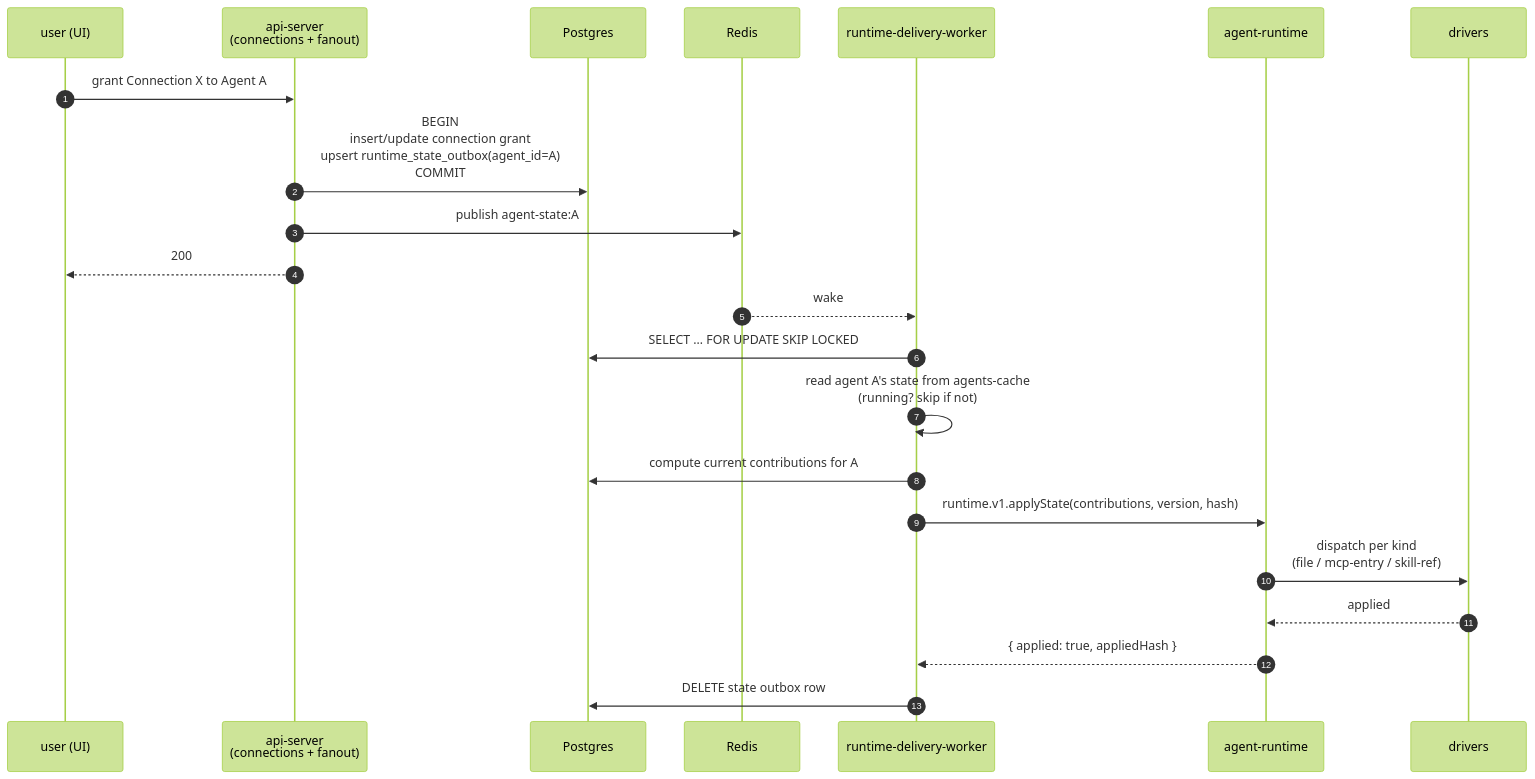
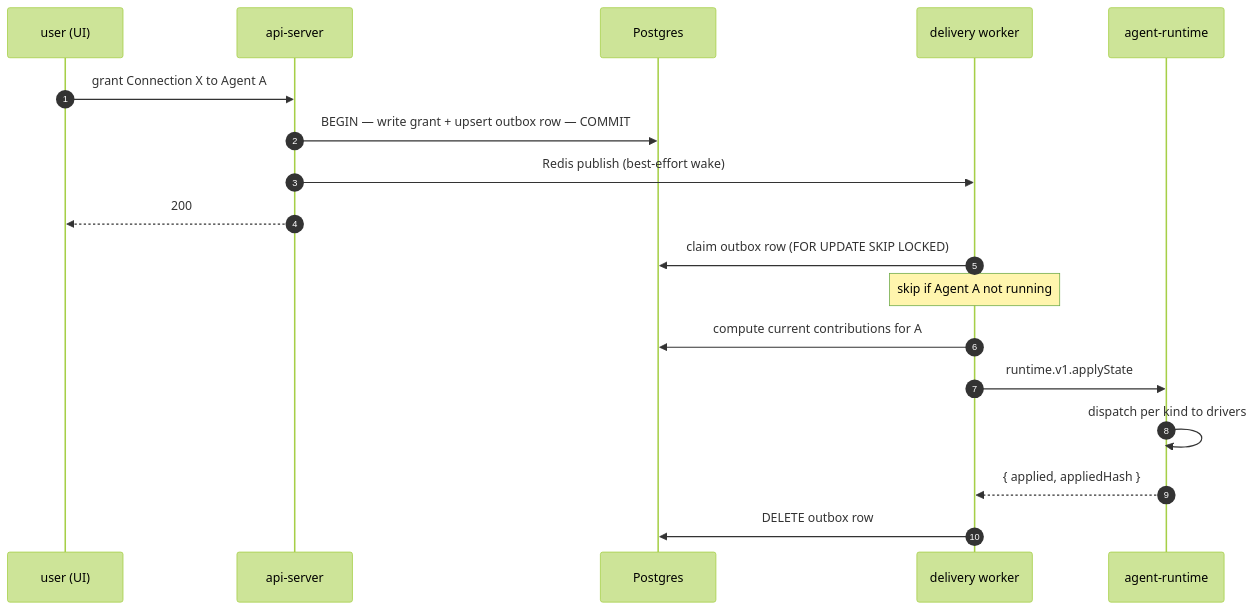
One commit to dam-agents/dam changed the third of 5 diagrams in docs/architecture/connections.md. Above: the diagram before and after it, drawn with Mermaid (forest theme). The commit also changed other lines of this file, not shown here.

First line of the commit message:
docs(architecture): simplify connections-page topology diagrams

````diff
--- a/docs/architecture/connections.md
+++ b/docs/architecture/connections.md
@@ -222,26 +200,22 @@
 ```mermaid
 sequenceDiagram
   autonumber
   participant USER as user (UI)
-  participant AS as api-server<br/>(connections + fanout)
+  participant AS as api-server
   participant PG as Postgres
-  participant RED as Redis
-  participant WK as runtime-delivery-worker
+  participant WK as delivery worker
   participant RT as agent-runtime
-  participant DRV as drivers
 
   USER->>AS: grant Connection X to Agent A
-  AS->>PG: BEGIN<br/>insert/update connection grant<br/>upsert runtime_state_outbox(agent_id=A)<br/>COMMIT
-  AS->>RED: publish agent-state:A
+  AS->>PG: BEGIN — write grant + upsert outbox row — COMMIT
+  AS->>WK: Redis publish (best-effort wake)
   AS-->>USER: 200
 
-  RED-->>WK: wake
-  WK->>PG: SELECT … FOR UPDATE SKIP LOCKED
-  WK->>WK: read agent A's state from agents-cache<br/>(running? skip if not)
+  WK->>PG: claim outbox row (FOR UPDATE SKIP LOCKED)
+  Note over WK: skip if Agent A not running
   WK->>PG: compute current contributions for A
-  WK->>RT: runtime.v1.applyState(contributions, version, hash)
-  RT->>DRV: dispatch per kind<br/>(file / mcp-entry / skill-ref)
-  DRV-->>RT: applied
-  RT-->>WK: { applied: true, appliedHash }
-  WK->>PG: DELETE state outbox row
+  WK->>RT: runtime.v1.applyState
+  RT->>RT: dispatch per kind to drivers
+  RT-->>WK: { applied, appliedHash }
+  WK->>PG: DELETE outbox row
 ```
````
